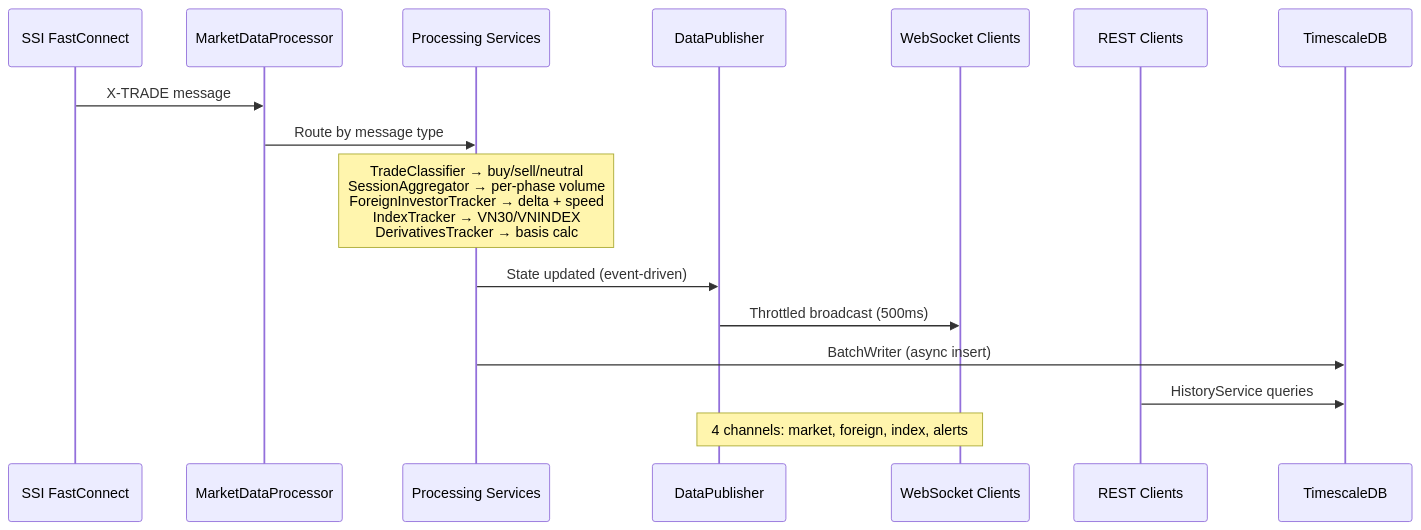
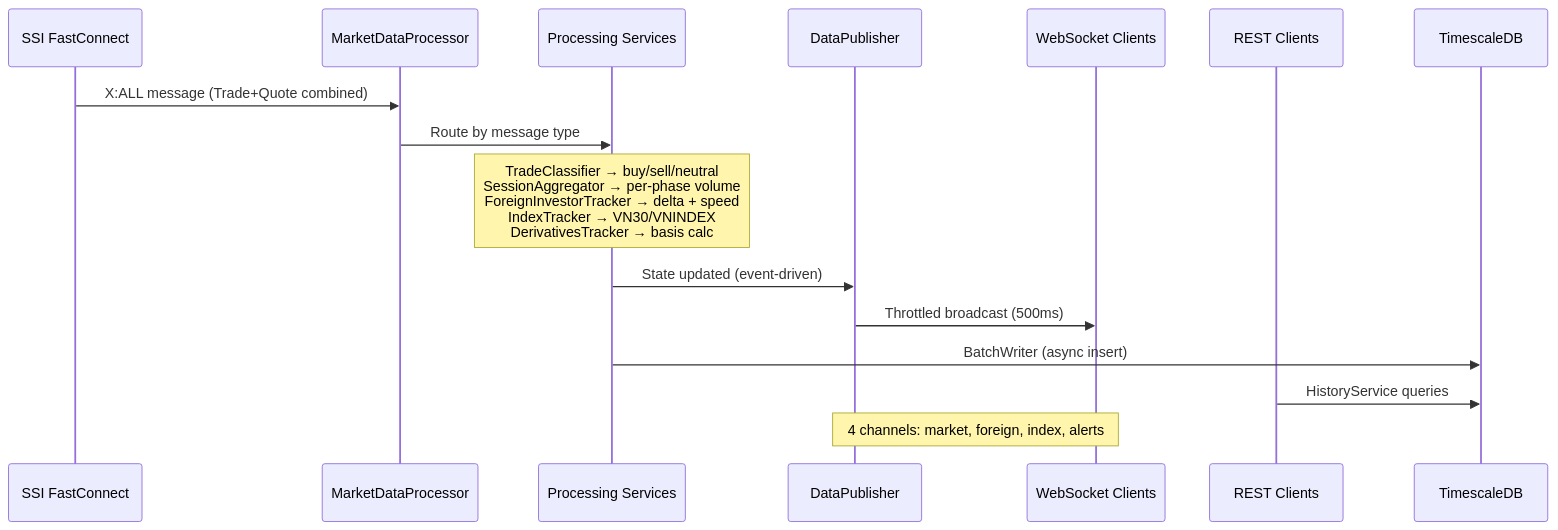
One commit to Minh090506/stock-tracker changed the second of 6 diagrams in docs/architecture.md. Above: the diagram before and after it, drawn with Mermaid. The commit also changed other lines of this file and 13 other files, not shown here.

````diff
--- a/docs/architecture.md
+++ b/docs/architecture.md
@@ -62,23 +62,23 @@
 ```mermaid
 sequenceDiagram
     participant SSI as SSI FastConnect
     participant MDP as MarketDataProcessor
     participant Services as Processing Services
     participant DP as DataPublisher
     participant WS as WebSocket Clients
     participant REST as REST Clients
     participant DB as TimescaleDB
 
-    SSI->>MDP: X-TRADE message
+    SSI->>MDP: X:ALL message (Trade+Quote combined)
     MDP->>Services: Route by message type
 
     Note over Services: TradeClassifier → buy/sell/neutral<br/>SessionAggregator → per-phase volume<br/>ForeignInvestorTracker → delta + speed<br/>IndexTracker → VN30/VNINDEX<br/>DerivativesTracker → basis calc
 
     Services->>DP: State updated (event-driven)
     DP->>WS: Throttled broadcast (500ms)
 
     Services->>DB: BatchWriter (async insert)
     REST->>DB: HistoryService queries
 
     Note over DP,WS: 4 channels: market, foreign, index, alerts
 ```
````
